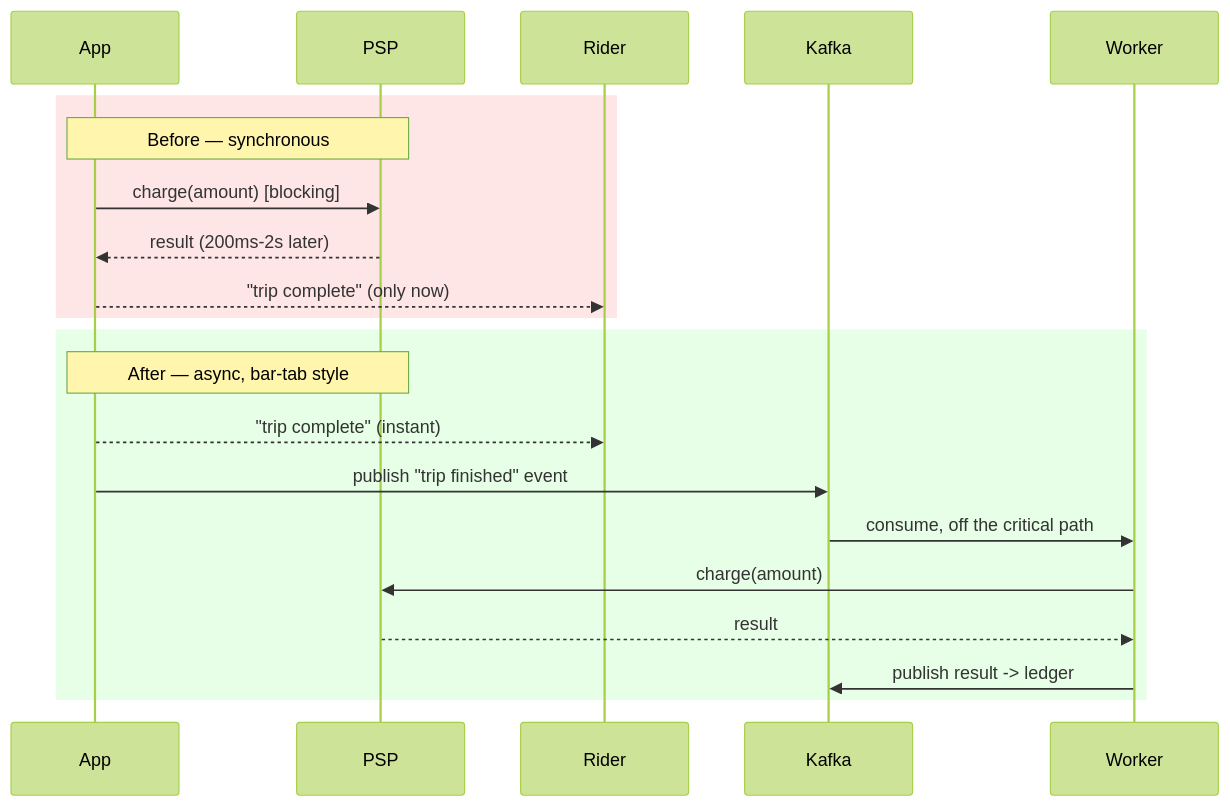
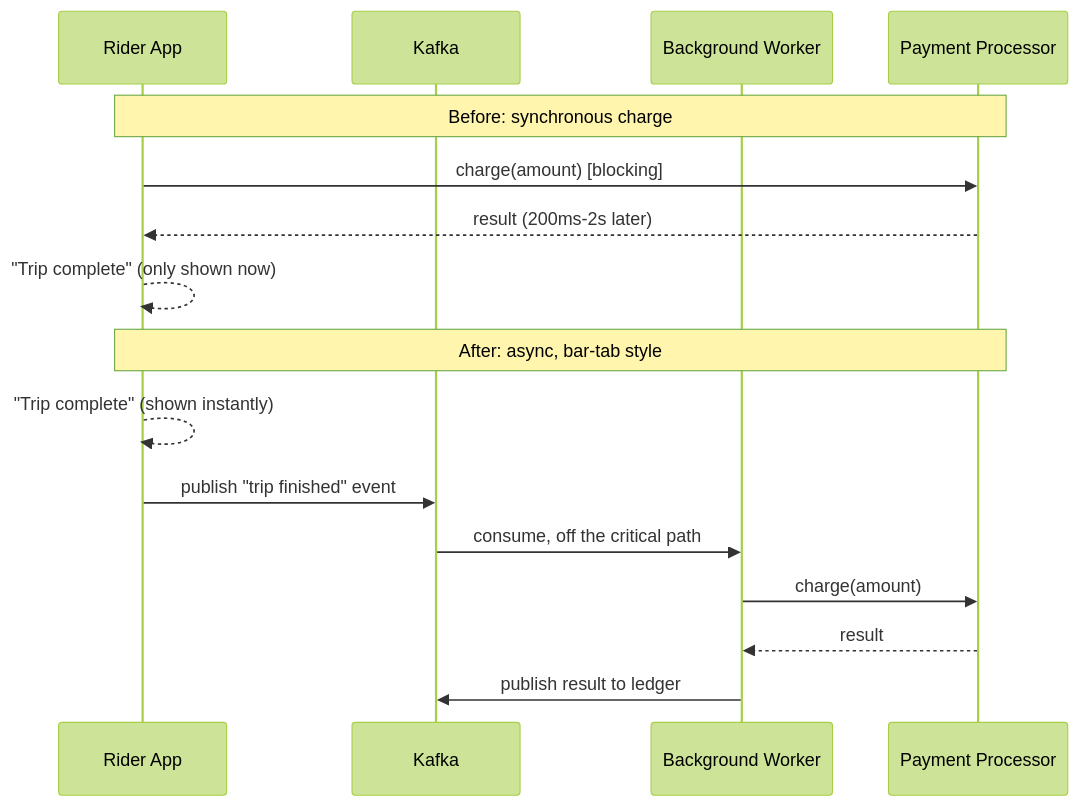
Before and after one commit to riyaz-pasha/Learnings: diagram 11 of 16 in system-design/HLD/0-course/30-Design Uber-FAANG-Guide-story.md, drawn with Mermaid (forest theme). The commit also changed other lines of this file and 1 other file, not shown here.

First line of the commit message:
[REWRITE] Design Uber guides: simplify prose, add structure, fix dark-theme diagrams

````diff
--- a/system-design/HLD/0-course/30-Design Uber-FAANG-Guide-story.md
+++ b/system-design/HLD/0-course/30-Design Uber-FAANG-Guide-story.md
@@ -294,18 +683,20 @@
 ```mermaid
 sequenceDiagram
-    rect rgb(255,230,230)
-    Note over App,PSP: Before — synchronous
+    participant App as Rider App
+    participant Kafka
+    participant Worker as Background Worker
+    participant PSP as Payment Processor
+
+    Note over App,PSP: Before: synchronous charge
     App->>PSP: charge(amount) [blocking]
     PSP-->>App: result (200ms-2s later)
-    App-->>Rider: "trip complete" (only now)
-    end
-    rect rgb(230,255,230)
-    Note over App,PSP: After — async, bar-tab style
-    App-->>Rider: "trip complete" (instant)
+    App-->>App: "Trip complete" (only shown now)
+
+    Note over App,PSP: After: async, bar-tab style
+    App-->>App: "Trip complete" (shown instantly)
     App->>Kafka: publish "trip finished" event
     Kafka->>Worker: consume, off the critical path
     Worker->>PSP: charge(amount)
     PSP-->>Worker: result
-    Worker->>Kafka: publish result -> ledger
-    end
+    Worker->>Kafka: publish result to ledger
 ```
````
